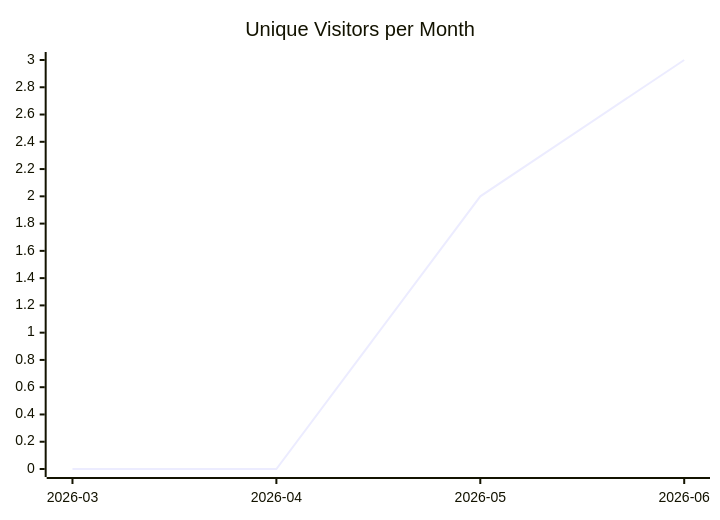
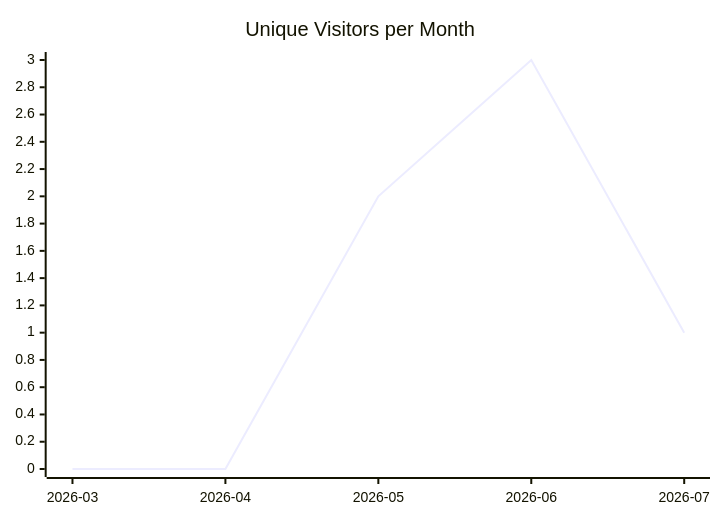
Before and after one commit to justdavis-family/github-analytics-data: the first of 3 diagrams in karlmdavis/justdavis-karl/README.md, drawn with Mermaid. The commit also changed other lines of this file and 199 other files, not shown here.

````diff
--- a/karlmdavis/justdavis-karl/README.md
+++ b/karlmdavis/justdavis-karl/README.md
@@ -5,6 +5,6 @@
 ```mermaid
 xychart-beta
   title "Unique Visitors per Month"
-  x-axis ["2026-03", "2026-04", "2026-05", "2026-06"]
-  line [0, 0, 2, 3]
+  x-axis ["2026-03", "2026-04", "2026-05", "2026-06", "2026-07"]
+  line [0, 0, 2, 3, 1]
 ```
````
